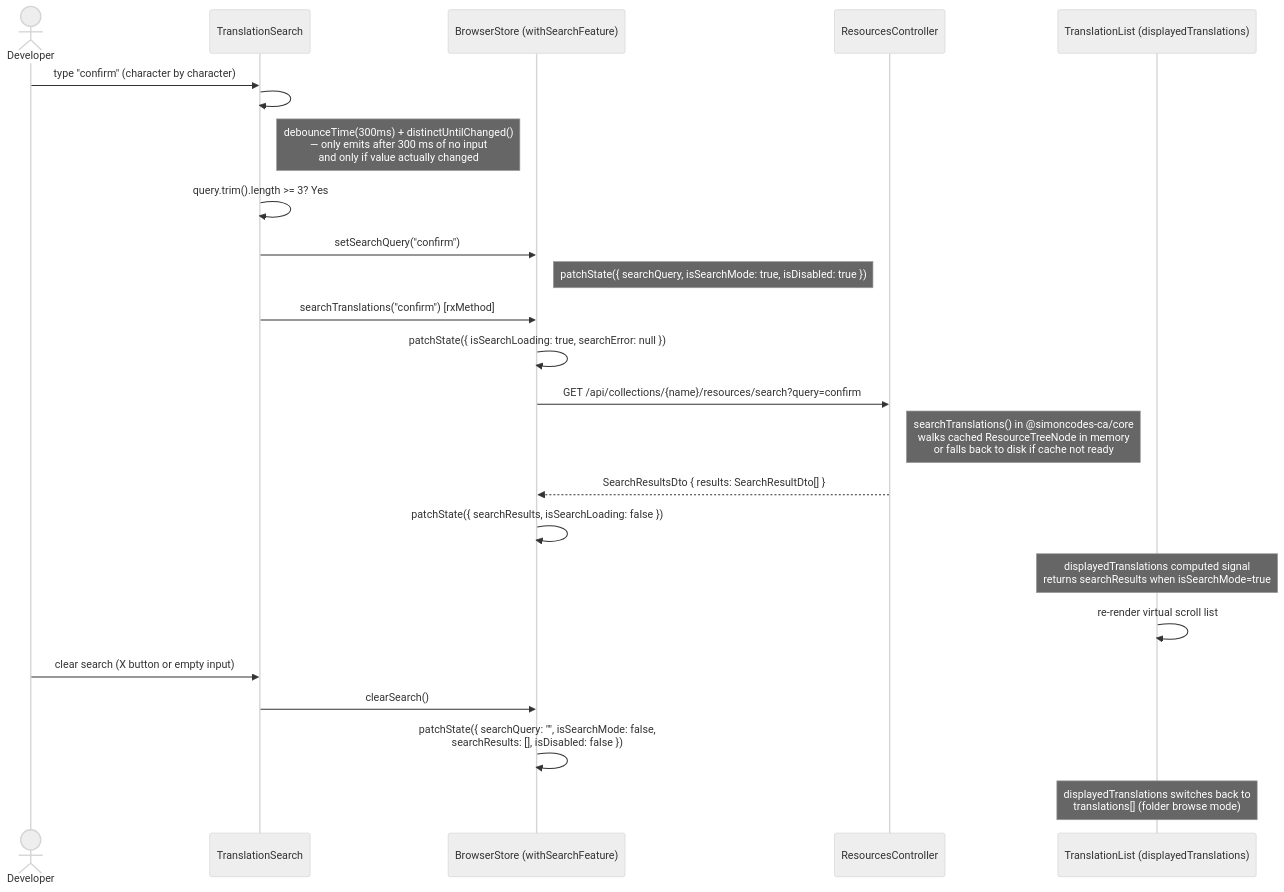
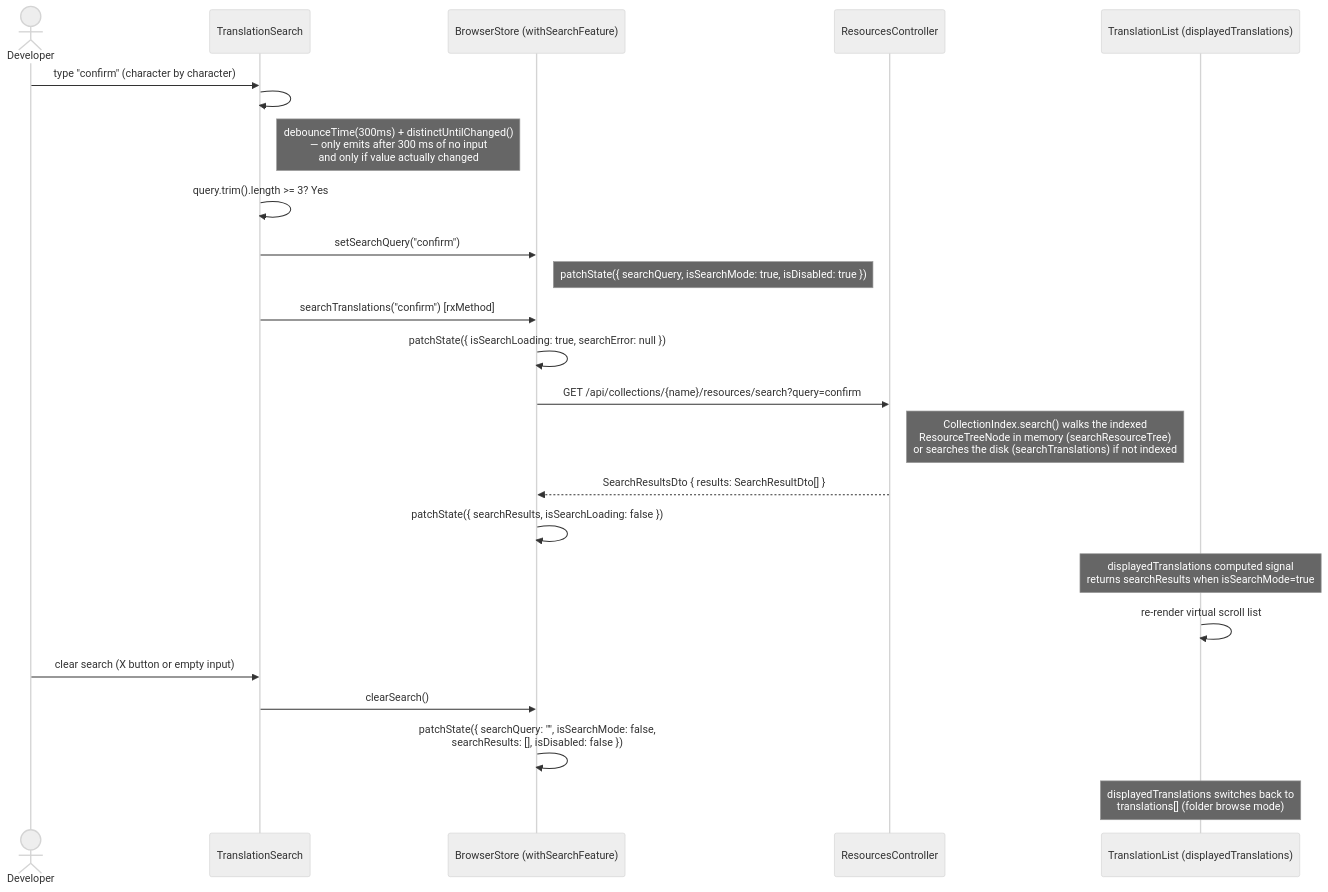
The sixth of 8 diagrams in architecture-docs/user-flows.md (SimonNodel-AI/lingo-tracker), drawn with Mermaid (neutral theme) before and after one commit. The commit also changed other lines of this file and 38 other files, not shown here.

First line of the commit message:
refactor(api): replace the cache mechanism with a CollectionIndex

````diff
--- a/architecture-docs/user-flows.md
+++ b/architecture-docs/user-flows.md
@@ -310,32 +310,32 @@
 ```mermaid
 sequenceDiagram
     actor Dev as Developer
     participant TS as TranslationSearch
     participant BS as BrowserStore (withSearchFeature)
     participant API as ResourcesController
     participant TL as TranslationList (displayedTranslations)
 
     Dev->>TS: type "confirm" (character by character)
     TS->>TS: #searchSubject.next(query) on each keystroke
     Note right of TS: debounceTime(300ms) + distinctUntilChanged()<br/>— only emits after 300 ms of no input<br/>and only if value actually changed
 
     TS->>TS: query.trim().length >= 3? Yes
     TS->>BS: setSearchQuery("confirm")
     Note right of BS: patchState({ searchQuery, isSearchMode: true, isDisabled: true })
     TS->>BS: searchTranslations("confirm") [rxMethod]
 
     BS->>BS: patchState({ isSearchLoading: true, searchError: null })
     BS->>API: GET /api/collections/{name}/resources/search?query=confirm
-    Note right of API: searchTranslations() in @simoncodes-ca/core<br/>walks cached ResourceTreeNode in memory<br/>or falls back to disk if cache not ready
+    Note right of API: CollectionIndex.search() walks the indexed<br/>ResourceTreeNode in memory (searchResourceTree)<br/>or searches the disk (searchTranslations) if not indexed
 
     API-->>BS: SearchResultsDto { results: SearchResultDto[] }
     BS->>BS: patchState({ searchResults, isSearchLoading: false })
 
     Note over TL: displayedTranslations computed signal<br/>returns searchResults when isSearchMode=true
     TL->>TL: re-render virtual scroll list
 
     Dev->>TS: clear search (X button or empty input)
     TS->>BS: clearSearch()
     BS->>BS: patchState({ searchQuery: "", isSearchMode: false,<br/>searchResults: [], isDisabled: false })
     Note over TL: displayedTranslations switches back to<br/>translations[] (folder browse mode)
 ```
````
